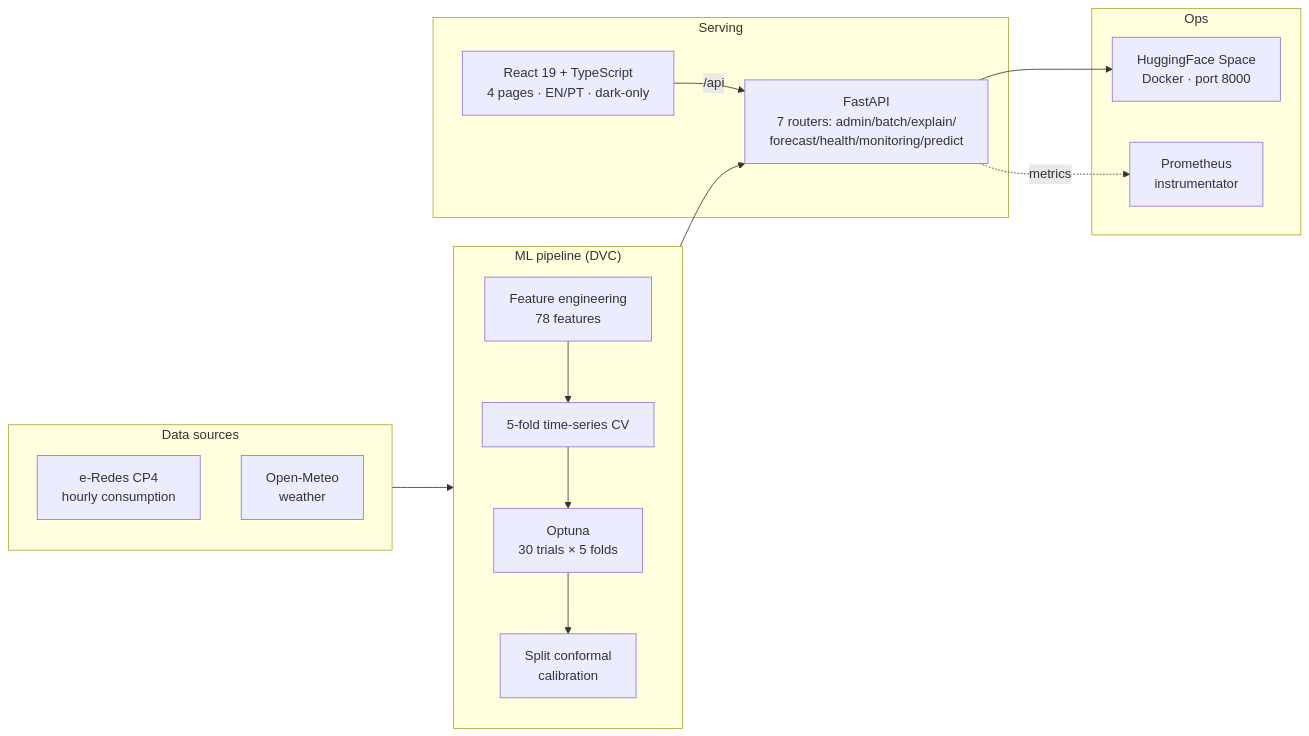
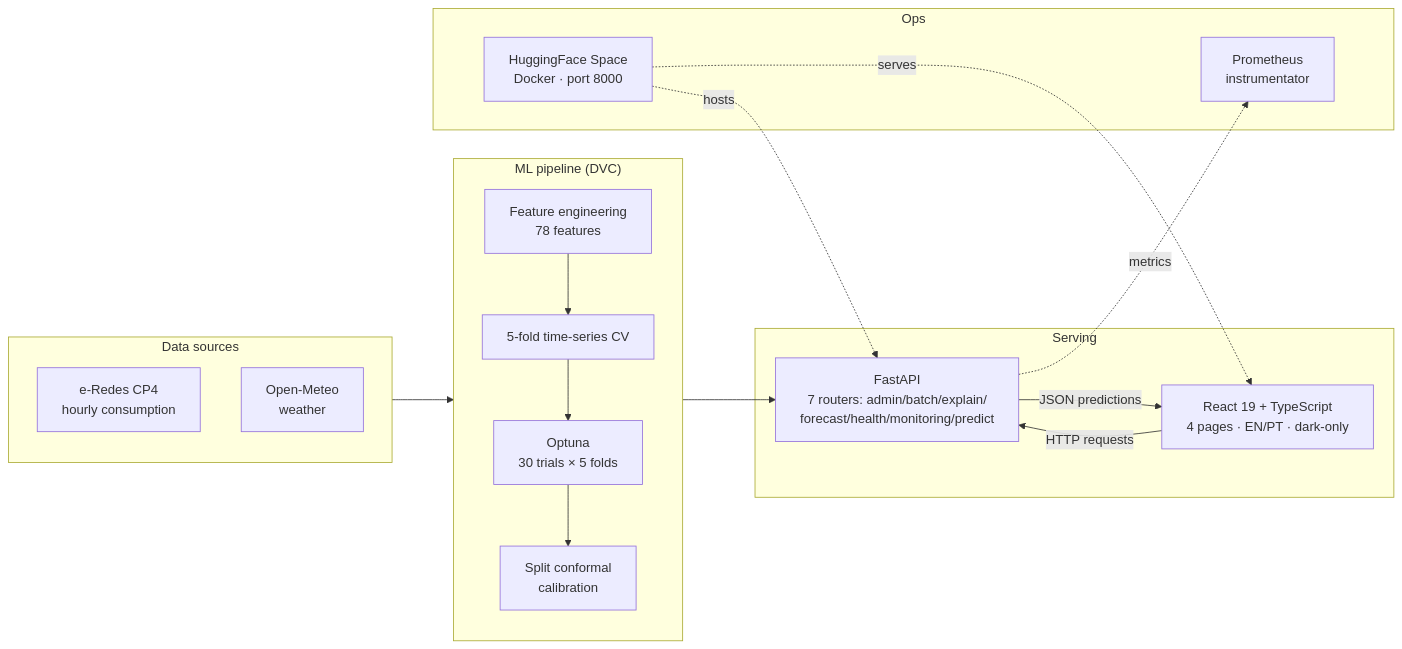
Before and after one commit to Pedrom2002/energy-forecast-pt: the diagram in README.md, drawn with Mermaid.

Commit message:
Clarify README architecture diagram: bidirectional UI↔API + HF hosts both

````diff
--- a/README.md
+++ b/README.md
@@ -34,30 +34,32 @@
 ```mermaid
 flowchart LR
     subgraph Sources["Data sources"]
         ER[e-Redes CP4<br/>hourly consumption]
         OM[Open-Meteo<br/>weather]
     end
 
     subgraph Pipeline["ML pipeline (DVC)"]
         FE[Feature engineering<br/>78 features]
         CV[5-fold time-series CV]
         OPT[Optuna<br/>30 trials × 5 folds]
         CONF[Split conformal<br/>calibration]
         FE --> CV --> OPT --> CONF
     end
 
     subgraph Serving["Serving"]
         API[FastAPI<br/>7 routers: admin/batch/explain/<br/>forecast/health/monitoring/predict]
         UI[React 19 + TypeScript<br/>4 pages · EN/PT · dark-only]
-        UI -->|/api| API
+        UI -->|HTTP requests| API
+        API -->|JSON predictions| UI
     end
 
     subgraph Ops["Ops"]
         HF[HuggingFace Space<br/>Docker · port 8000]
         PROM[Prometheus<br/>instrumentator]
     end
 
     Sources --> Pipeline --> API
     API -.metrics.-> PROM
-    API --> HF
+    HF -.hosts.-> API
+    HF -.serves.-> UI
 ```
````
